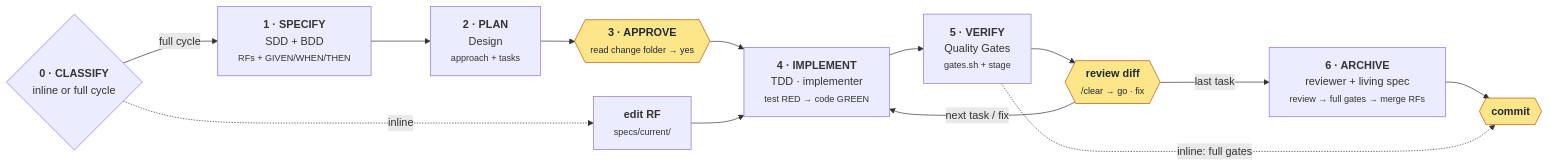
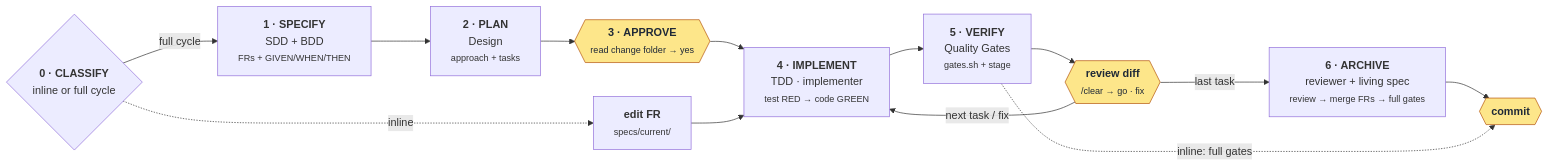
Before and after one commit to stevenhdz/spec-driven-development: the diagram in readme.md, drawn with Mermaid. The commit also changed other lines of this file and 11 other files, not shown here.

Commit message:
feat: check every FR in full gates, team-ready conventions and RF to FR rename

````diff
--- a/readme.md
+++ b/readme.md
@@ -78,22 +95,22 @@
 ```mermaid
 flowchart LR
     C{"<b>0 · CLASSIFY</b><br/>inline or full cycle"}
-    S["<b>1 · SPECIFY</b><br/>SDD + BDD<br/><small>RFs + GIVEN/WHEN/THEN</small>"]
+    S["<b>1 · SPECIFY</b><br/>SDD + BDD<br/><small>FRs + GIVEN/WHEN/THEN</small>"]
     P["<b>2 · PLAN</b><br/>Design<br/><small>approach + tasks</small>"]
     A{{"<b>3 · APPROVE</b><br/><small>read change folder → yes</small>"}}
-    E["<b>edit RF</b><br/><small>specs/current/</small>"]
+    E["<b>edit FR</b><br/><small>specs/current/</small>"]
     I["<b>4 · IMPLEMENT</b><br/>TDD · implementer<br/><small>test RED → code GREEN</small>"]
     V["<b>5 · VERIFY</b><br/>Quality Gates<br/><small>gates.sh + stage</small>"]
     D{{"<b>review diff</b><br/><small>/clear → go · fix</small>"}}
-    R["<b>6 · ARCHIVE</b><br/>reviewer + living spec<br/><small>review → full gates → merge RFs</small>"]
+    R["<b>6 · ARCHIVE</b><br/>reviewer + living spec<br/><small>review → merge FRs → full gates</small>"]
     K{{"<b>commit</b>"}}
 
     C -->|full cycle| S --> P --> A --> I --> V --> D
     D -->|next task / fix| I
     D -->|last task| R --> K
     C -. inline .-> E --> I
     V -. inline: full gates .-> K
 
     classDef human fill:#fde68a,stroke:#b45309,color:#1f2937
     class A,D,K human
 ```
````
